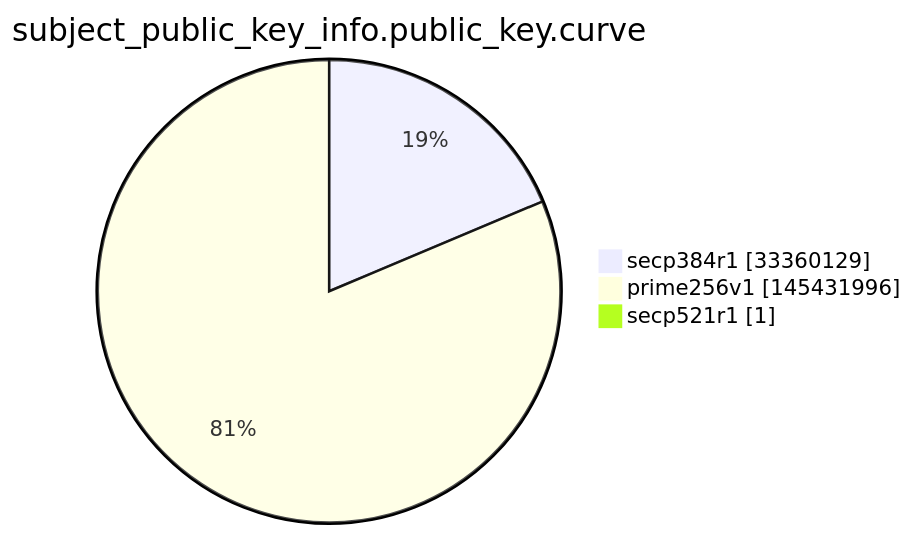
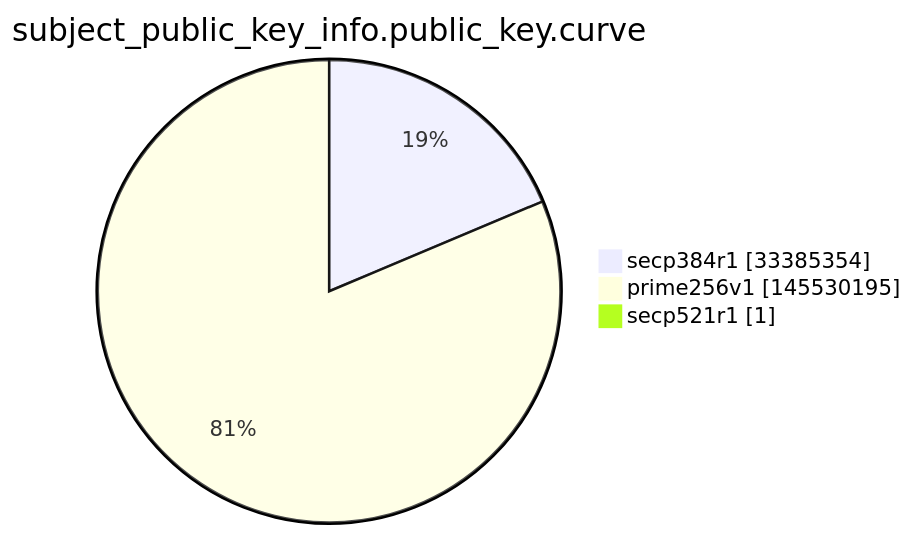
One commit to christiankrug/ctmonitor_visualization changed the ninth of 15 diagrams in argon2022/README.md. Above: the diagram before and after it, drawn with Mermaid. The commit also changed other lines of this file, not shown here.

````diff
--- a/argon2022/README.md
+++ b/argon2022/README.md
@@ -2764,7 +2764,7 @@
 ```mermaid
 pie showData
 title subject_public_key_info.public_key.curve
-"secp384r1" :33360129
-"prime256v1" :145431996
+"secp384r1" :33385354
+"prime256v1" :145530195
 "secp521r1" :1
 ```
````
